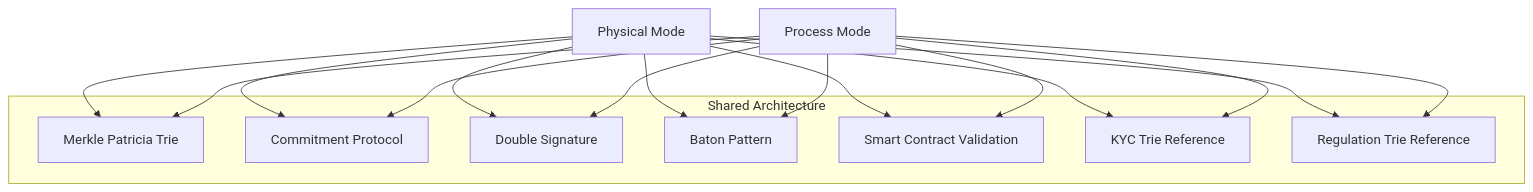
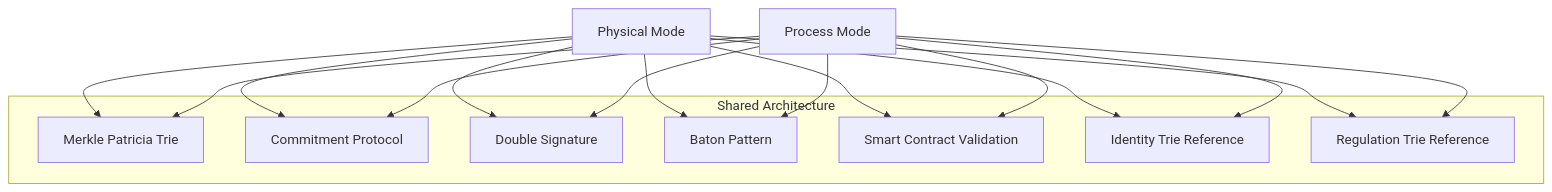
Diagram 17 of 19 in docs/framework/schema.md (lambdasistemi/cardano-for-regulators), drawn with Mermaid before and after one commit. The commit also changed other lines of this file and 1 other file, not shown here.

Commit message:
rename KYC provider to identity provider throughout

````diff
--- a/docs/framework/schema.md
+++ b/docs/framework/schema.md
@@ -633,27 +633,27 @@
 ```mermaid
 graph TD
     subgraph Shared Architecture
         MPT[Merkle Patricia Trie]
         COMMIT[Commitment Protocol]
         DSIG[Double Signature]
         BATON[Baton Pattern]
         SC[Smart Contract Validation]
-        KYCC[KYC Trie Reference]
+        IDPC[Identity Trie Reference]
         REGC[Regulation Trie Reference]
     end
 
     PHYS[Physical Mode] --> MPT
     PROC[Process Mode] --> MPT
     PHYS --> COMMIT
     PROC --> COMMIT
     PHYS --> DSIG
     PROC --> DSIG
     PHYS --> BATON
     PROC --> BATON
     PHYS --> SC
     PROC --> SC
-    PHYS --> KYCC
-    PROC --> KYCC
+    PHYS --> IDPC
+    PROC --> IDPC
     PHYS --> REGC
     PROC --> REGC
 ```
````
